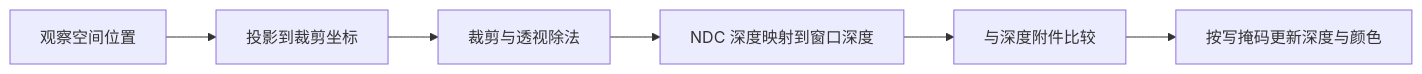
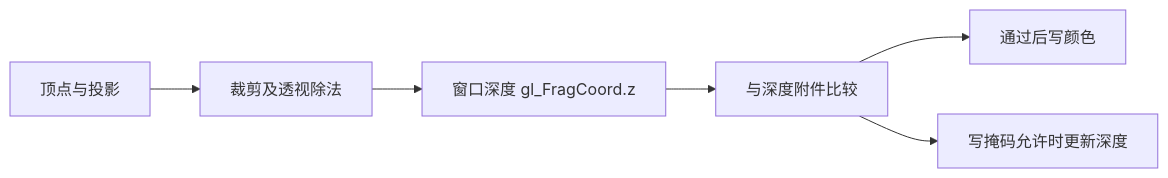
Before and after one commit to with-fair-wind/OpenGL: the diagram in docs/04_advanced_opengl/01_depth_testing.md, drawn with Mermaid. The commit also changed other lines of this file and 107 other files, not shown here.

````diff
--- a/docs/04_advanced_opengl/01_depth_testing.md
+++ b/docs/04_advanced_opengl/01_depth_testing.md
@@ -14,8 +17,8 @@
 ```mermaid
 flowchart LR
-    A[观察空间位置] --> B[投影到裁剪坐标]
-    B --> C[裁剪与透视除法]
-    C --> D[NDC 深度映射到窗口深度]
-    D --> E[与深度附件比较]
-    E --> F[按写掩码更新深度与颜色]
+    A[顶点与投影] --> B[裁剪及透视除法]
+    B --> C[窗口深度 gl_FragCoord.z]
+    C --> D[与深度附件比较]
+    D --> E[通过后写颜色]
+    D --> F[写掩码允许时更新深度]
 ```
````
